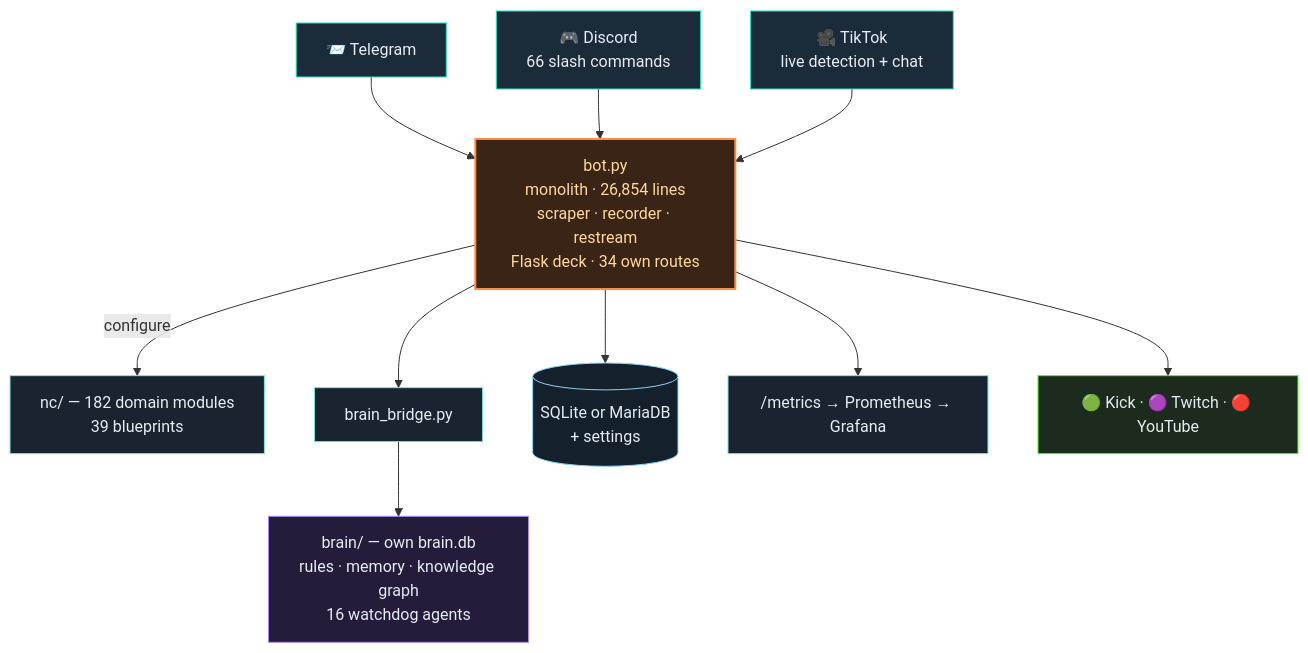
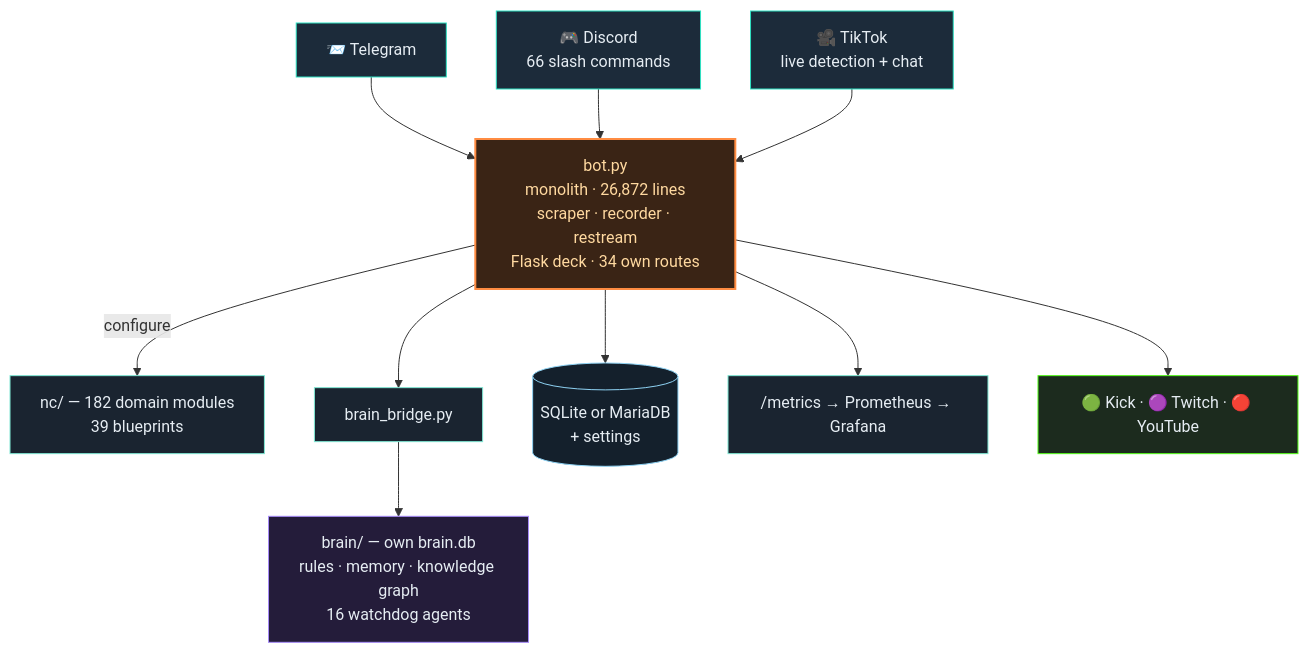
The second of 3 diagrams in README.en.md (itsamemedev/Telegram-Stream-Info-Bot), drawn with Mermaid before and after one commit. The commit also changed other lines of this file and 8 other files, not shown here.

````diff
--- a/README.en.md
+++ b/README.en.md
@@ -119,19 +119,19 @@
 ```mermaid
 flowchart TB
     TG["📨 Telegram"]:::ein --> BOT
     DC["🎮 Discord<br/>66 slash commands"]:::ein --> BOT
     TT["🎥 TikTok<br/>live detection + chat"]:::ein --> BOT
-    BOT["bot.py<br/>monolith · 26,854 lines<br/>scraper · recorder · restream<br/>Flask deck · 34 own routes"]:::core
+    BOT["bot.py<br/>monolith · 26,872 lines<br/>scraper · recorder · restream<br/>Flask deck · 34 own routes"]:::core
     BOT -->|configure| NC["nc/ — 182 domain modules<br/>39 blueprints"]:::lib
     BOT --> BR["brain_bridge.py"]:::lib
     BR --> BRAIN["brain/ — own brain.db<br/>rules · memory · knowledge graph<br/>16 watchdog agents"]:::brain
     BOT --> DB[("SQLite or MariaDB<br/>+ settings")]:::db
     BOT --> PROM["/metrics → Prometheus → Grafana"]:::lib
     BOT --> OUT["🟢 Kick · 🟣 Twitch · 🔴 YouTube"]:::out
     classDef ein fill:#1c2b3a,stroke:#2de1c2,color:#e6edf3
     classDef core fill:#3a2415,stroke:#ff8c42,stroke-width:2px,color:#ffd9a0
     classDef lib fill:#1a2430,stroke:#7fe7d4,color:#e6edf3
     classDef brain fill:#241c3a,stroke:#a78bfa,color:#e6edf3
     classDef db fill:#14202c,stroke:#8fd3f4,color:#e6edf3
     classDef out fill:#1c2b1e,stroke:#53fc18,color:#e6edf3
 ```
````
